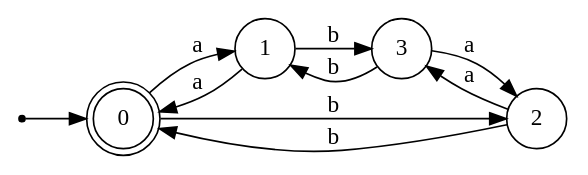
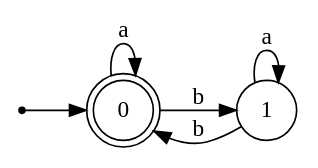
One commit to JennyNg943/TheorieLangage changed the diagram in resultat.gv. Above: the diagram before and after it, drawn with Graphviz. The commit also changed 8 other files, not shown here.

```diff
--- a/resultat.gv
+++ b/resultat.gv
@@ -1,20 +1,16 @@
 digraph finite_state_machine {
 	rankdir=LR;
   	size="10,10"
 
 	node [shape = doublecircle]; 0 ;
 	node [shape = point ]; q;
 	node [shape = circle]; 
 
 	q -> 0;
-	0 -> 1 [label = "a"];
-	0 -> 2 [label = "b"];
-	1 -> 0 [label = "a"];
-	1 -> 3 [label = "b"];
-	2 -> 3 [label = "a"];
-	2 -> 0 [label = "b"];
-	3 -> 2 [label = "a"];
-	3 -> 1 [label = "b"];
+	0 -> 0 [label = "a"];
+	0 -> 1 [label = "b"];
+	1 -> 1 [label = "a"];
+	1 -> 0 [label = "b"];
 
 
 }
```
